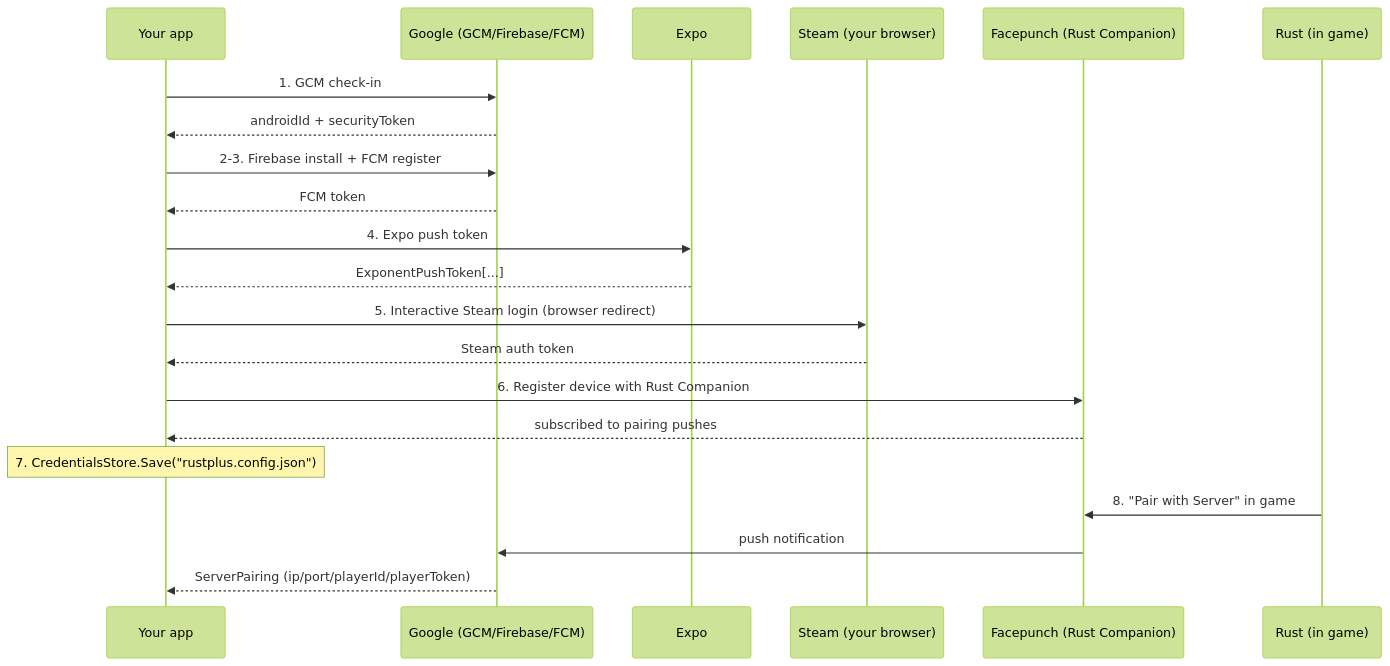
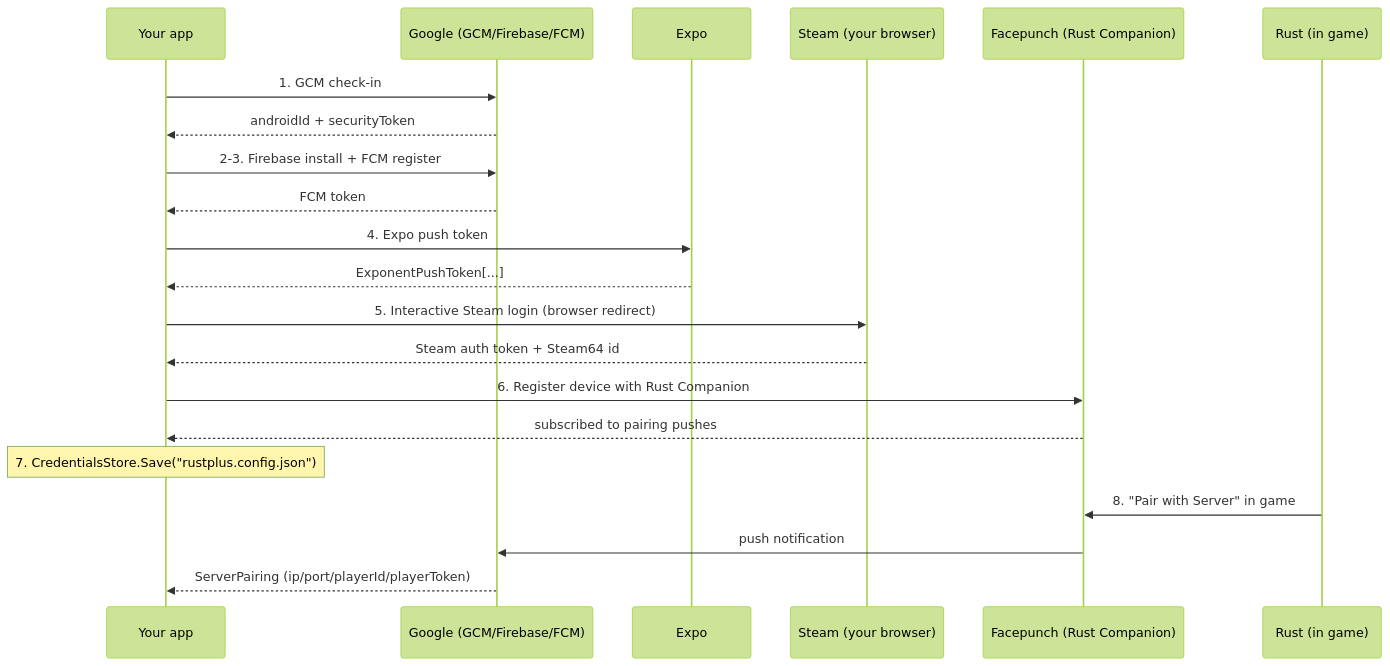
The diagram in docs/articles/credentials.md (HandyS11/RustPlusApi), drawn with Mermaid (forest theme) before and after one commit. The commit also changed 1 other file, not shown here.

Commit message:
docs: fix review findings in task-5 doc sweep
- testing.md mutation-score table row for RustPlusApi.Fcm.Registration
  named only SteamLoginService.TryOpenBrowser as excluded; that scoping
  was class-level, not project-level. FcmRegistration.RegisterWithRustPlusAsync
  is also [ExcludeFromCodeCoverage] (see FcmRegistration.cs:56 and its own
  justification section a few lines below in the same doc). Name both.
  The ~97.1% figure is unchanged/not re-measured.
- credentials.md Mermaid diagram: the Steam return arrow still said
  "Steam auth token" while the step table's row 5 already said "Steam
  auth token + Steam64 id". Made the arrow match the table.

````diff
--- a/docs/articles/credentials.md
+++ b/docs/articles/credentials.md
@@ -15,24 +15,24 @@
 ```mermaid
 sequenceDiagram
     participant App as Your app
     participant G as Google (GCM/Firebase/FCM)
     participant E as Expo
     participant St as Steam (your browser)
     participant FP as Facepunch (Rust Companion)
     participant Game as Rust (in game)
 
     App->>G: 1. GCM check-in
     G-->>App: androidId + securityToken
     App->>G: 2-3. Firebase install + FCM register
     G-->>App: FCM token
     App->>E: 4. Expo push token
     E-->>App: ExponentPushToken[...]
     App->>St: 5. Interactive Steam login (browser redirect)
-    St-->>App: Steam auth token
+    St-->>App: Steam auth token + Steam64 id
     App->>FP: 6. Register device with Rust Companion
     FP-->>App: subscribed to pairing pushes
     Note over App: 7. CredentialsStore.Save("rustplus.config.json")
     Game->>FP: 8. "Pair with Server" in game
     FP->>G: push notification
     G-->>App: ServerPairing (ip/port/playerId/playerToken)
 ```
````
